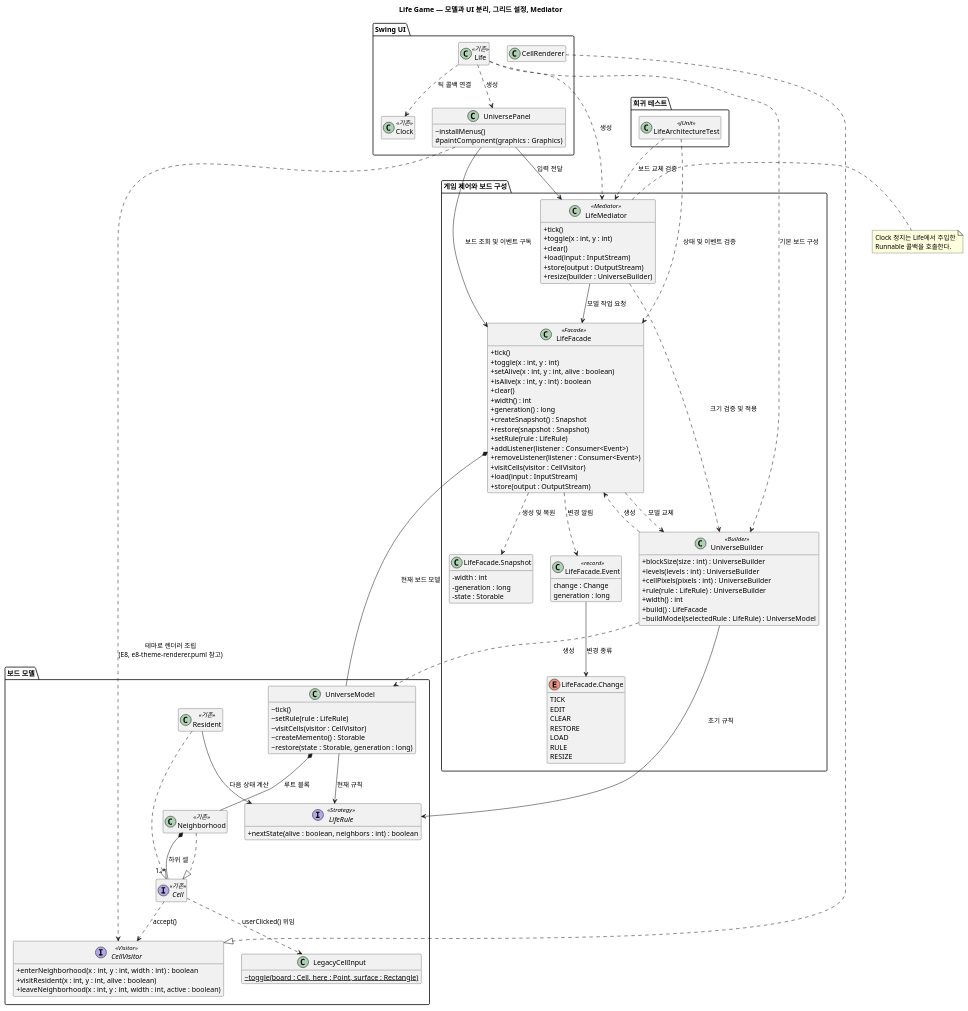
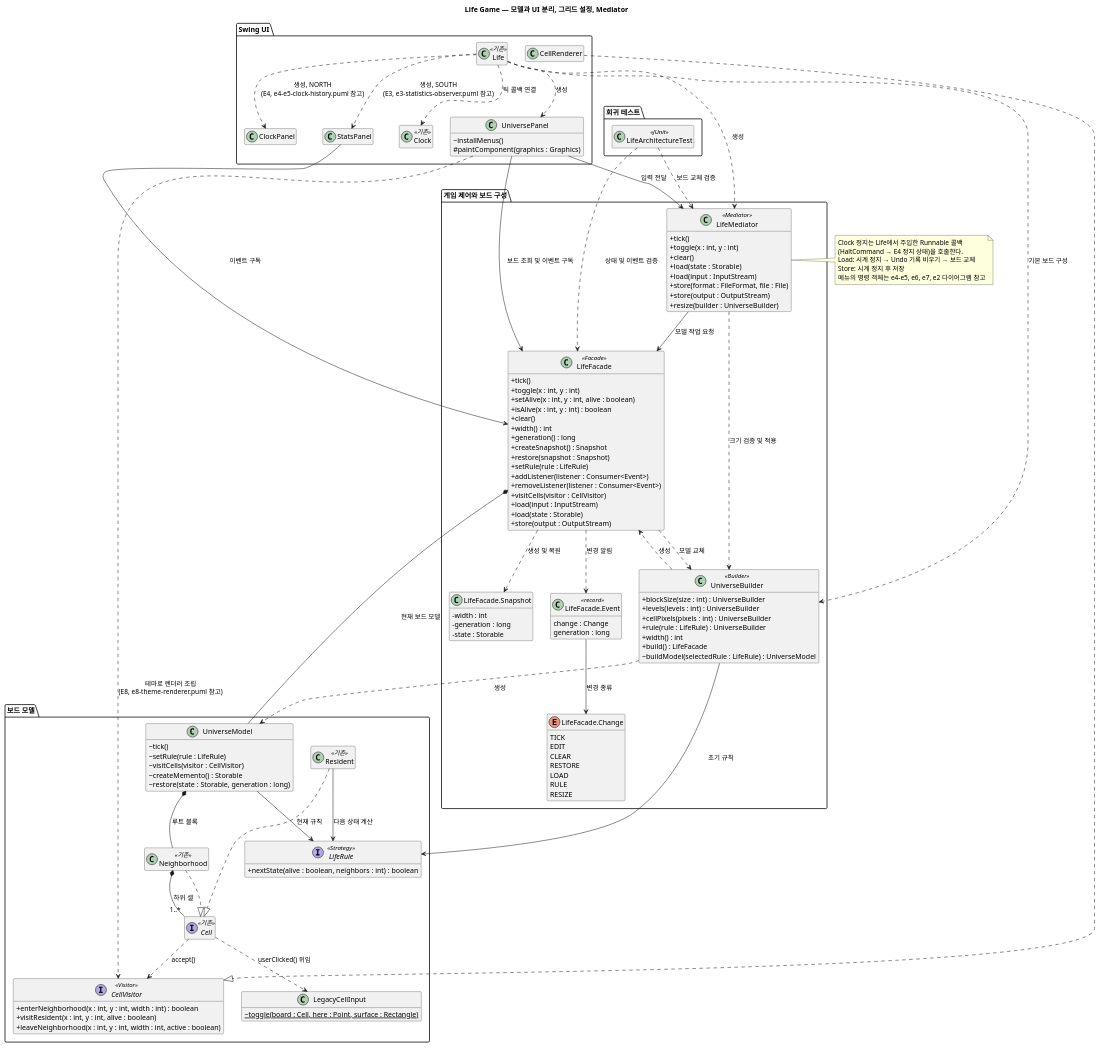
The diagram in docs/uml/life-architecture.puml (Crocobob911/CAU26_DesignPattern), drawn with PlantUML before and after one commit. The commit also changed 41 other files, not shown here.

First line of the commit message:
Feat : 미완료 항목 통합 - E4 State/속도 슬라이더, E5 기록 제한, E6 파일 스탬프, E7 검증 단계, E2 BSRule 정리(Rule.java 삭제), Mediator 경유 Load/Store, Neighborhood Iterator, UML, GridCommandsTest 경쟁 상태 수정

```diff
--- a/docs/uml/life-architecture.puml
+++ b/docs/uml/life-architecture.puml
@@ -1,135 +1,146 @@
 @startuml
 title Life Game — 모델과 UI 분리, 그리드 설정, Mediator
 skinparam classAttributeIconSize 0
 hide empty members
 
 package "Swing UI" {
   class Life <<기존>>
   class Clock <<기존>>
   class UniversePanel {
     ~installMenus()
     #paintComponent(graphics : Graphics)
   }
   class CellRenderer
+  class ClockPanel
+  class StatsPanel
 }
 
 package "게임 제어와 보드 구성" {
   class LifeMediator <<Mediator>> {
     +tick()
     +toggle(x : int, y : int)
     +clear()
+    +load(state : Storable)
     +load(input : InputStream)
+    +store(format : FileFormat, file : File)
     +store(output : OutputStream)
     +resize(builder : UniverseBuilder)
   }
   class LifeFacade <<Facade>> {
     +tick()
     +toggle(x : int, y : int)
     +setAlive(x : int, y : int, alive : boolean)
     +isAlive(x : int, y : int) : boolean
     +clear()
     +width() : int
     +generation() : long
     +createSnapshot() : Snapshot
     +restore(snapshot : Snapshot)
     +setRule(rule : LifeRule)
     +addListener(listener : Consumer<Event>)
     +removeListener(listener : Consumer<Event>)
     +visitCells(visitor : CellVisitor)
     +load(input : InputStream)
+    +load(state : Storable)
     +store(output : OutputStream)
   }
   class "LifeFacade.Snapshot" as Snapshot {
     -width : int
     -generation : long
     -state : Storable
   }
   class "LifeFacade.Event" as Event <<record>> {
     change : Change
     generation : long
   }
   enum "LifeFacade.Change" as Change {
     TICK
     EDIT
     CLEAR
     RESTORE
     LOAD
     RULE
     RESIZE
   }
   class UniverseBuilder <<Builder>> {
     +blockSize(size : int) : UniverseBuilder
     +levels(levels : int) : UniverseBuilder
     +cellPixels(pixels : int) : UniverseBuilder
     +rule(rule : LifeRule) : UniverseBuilder
     +width() : int
     +build() : LifeFacade
     ~buildModel(selectedRule : LifeRule) : UniverseModel
   }
 }
 
 package "보드 모델" {
   class UniverseModel {
     ~tick()
     ~setRule(rule : LifeRule)
     ~visitCells(visitor : CellVisitor)
     ~createMemento() : Storable
     ~restore(state : Storable, generation : long)
   }
   interface Cell <<기존>>
   class Neighborhood <<기존>>
   class Resident <<기존>>
   interface LifeRule <<Strategy>> {
     +nextState(alive : boolean, neighbors : int) : boolean
   }
   interface CellVisitor <<Visitor>> {
     +enterNeighborhood(x : int, y : int, width : int) : boolean
     +visitResident(x : int, y : int, alive : boolean)
     +leaveNeighborhood(x : int, y : int, width : int, active : boolean)
   }
   class LegacyCellInput {
     {static} ~toggle(board : Cell, here : Point, surface : Rectangle)
   }
 }
 
 package "회귀 테스트" {
   class LifeArchitectureTest <<JUnit>>
 }
 
 Life ..> UniversePanel : 생성
 Life ..> LifeMediator : 생성
 Life ..> UniverseBuilder : 기본 보드 구성
 Life ..> Clock : 틱 콜백 연결
+Life ..> ClockPanel : 생성, NORTH\n(E4, e4-e5-clock-history.puml 참고)
+Life ..> StatsPanel : 생성, SOUTH\n(E3, e3-statistics-observer.puml 참고)
+StatsPanel --> LifeFacade : 이벤트 구독
 UniversePanel --> LifeMediator : 입력 전달
 UniversePanel --> LifeFacade : 보드 조회 및 이벤트 구독
 UniversePanel ..> CellVisitor : 테마로 렌더러 조립\n(E8, e8-theme-renderer.puml 참고)
 CellRenderer ..|> CellVisitor
 
 LifeMediator --> LifeFacade : 모델 작업 요청
 LifeMediator ..> UniverseBuilder : 크기 검증 및 적용
 LifeFacade *-- UniverseModel : 현재 보드 모델
 LifeFacade ..> UniverseBuilder : 모델 교체
 LifeFacade ..> Snapshot : 생성 및 복원
 LifeFacade ..> Event : 변경 알림
 Event --> Change : 변경 종류
 UniverseBuilder ..> LifeFacade : 생성
 UniverseBuilder ..> UniverseModel : 생성
 UniverseBuilder --> LifeRule : 초기 규칙
 
 UniverseModel *-- Neighborhood : 루트 블록
 UniverseModel --> LifeRule : 현재 규칙
 Neighborhood ..|> Cell
 Resident ..|> Cell
 Neighborhood *-- "1..*" Cell : 하위 셀
 Resident --> LifeRule : 다음 상태 계산
 Cell ..> CellVisitor : accept()
 Cell ..> LegacyCellInput : userClicked() 위임
 LifeArchitectureTest ..> LifeFacade : 상태 및 이벤트 검증
 LifeArchitectureTest ..> LifeMediator : 보드 교체 검증
 
 note right of LifeMediator
-  Clock 정지는 Life에서 주입한
-  Runnable 콜백을 호출한다.
+  Clock 정지는 Life에서 주입한 Runnable 콜백
+  (HaltCommand → E4 정지 상태)을 호출한다.
+  Load: 시계 정지 → Undo 기록 비우기 → 보드 교체
+  Store: 시계 정지 후 저장
+  메뉴의 명령 객체는 e4-e5, e6, e7, e2 다이어그램 참고
 end note
 
 @enduml
```
